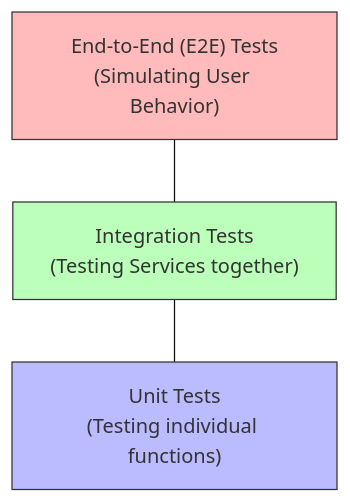
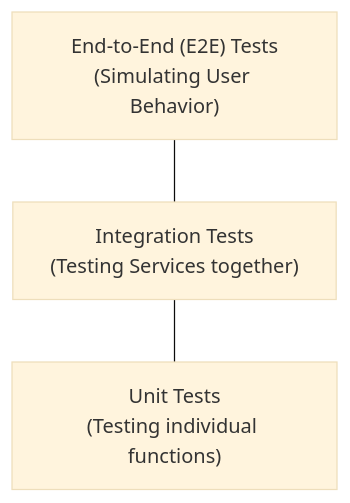
Diagram 12 of 15 in Documentation/capstone_diagrams.md (vincenico28/WorkForcePro), drawn with Mermaid (base theme) before and after one commit. The commit also changed other lines of this file and 1 other file, not shown here.

````diff
--- a/Documentation/capstone_diagrams.md
+++ b/Documentation/capstone_diagrams.md
@@ -201,13 +198,9 @@
 ```mermaid
 graph TD
     A["End-to-End (E2E) Tests<br/>(Simulating User Behavior)"]
     B["Integration Tests<br/>(Testing Services together)"]
     C["Unit Tests<br/>(Testing individual functions)"]
     
     A --- B
     B --- C
-    
-    style A fill:#fbb,stroke:#333
-    style B fill:#bfb,stroke:#333
-    style C fill:#bbf,stroke:#333
 ```
````
